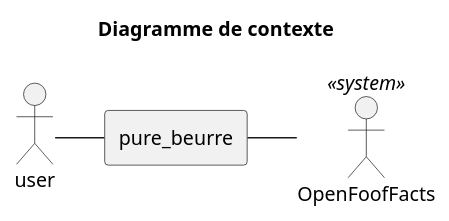
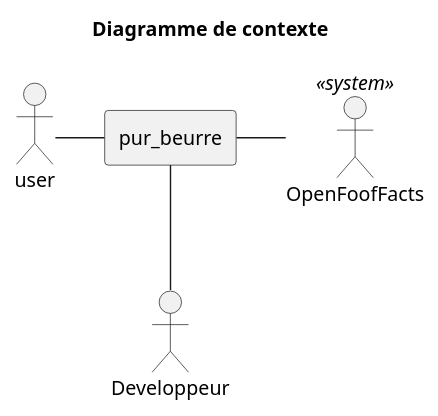
The diagram in doc/uml/00_context.puml (Zepmanbc/oc_dapython_pr8), drawn with PlantUML before and after one commit. The commit also changed 33 other files, not shown here.

```diff
--- a/doc/uml/00_context.puml
+++ b/doc/uml/00_context.puml
@@ -1,12 +1,15 @@
 @startuml 00_context
 title Diagramme de contexte
 
-rectangle pure_beurre
+rectangle pur_beurre
 actor user
 actor OpenFoofFacts <<system>>
+actor Developpeur
 
-user - pure_beurre
-pure_beurre - OpenFoofFacts
+user - pur_beurre
+pur_beurre - OpenFoofFacts
+pur_beurre -- Developpeur
+
 
 
 @enduml
```
